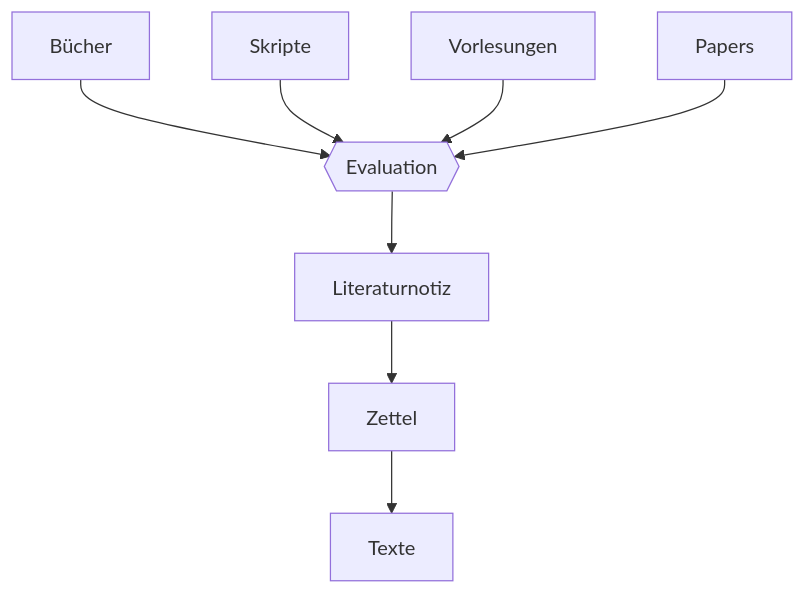
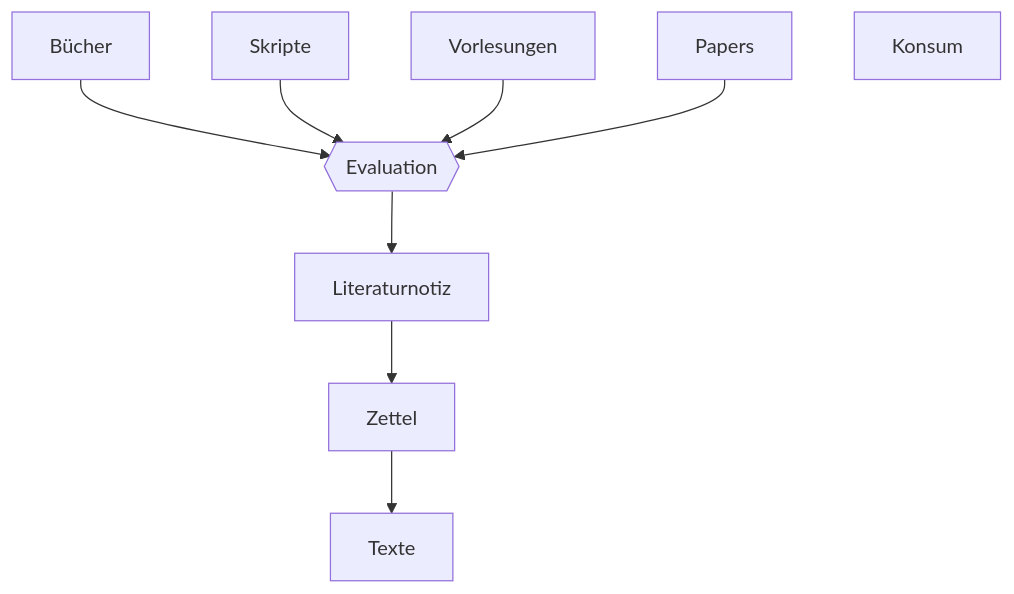
The diagram in System/Informationsverarbeitung.md (julianstoerig/zettelkasten), drawn with Mermaid before and after one commit. The commit also changed 1 other file, not shown here.

Commit message:
automatic version-control: 2021-01-11 22:32:50

````diff
--- a/System/Informationsverarbeitung.md
+++ b/System/Informationsverarbeitung.md
@@ -1,21 +1,22 @@
 ```mermaid
 graph TD;
 
 B["Bücher"]
 S["Skripte"]
 V["Vorlesungen"]
 P["Papers"]
 
 E{{"Evaluation"}}
+K["Konsum"]
 
 
 L["Literaturnotiz"]
 Z["Zettel"]
 T["Texte"]
 B & S & V & P --> E
 
 E --> L
 L --> Z
 Z --> T
 
 ```
````
